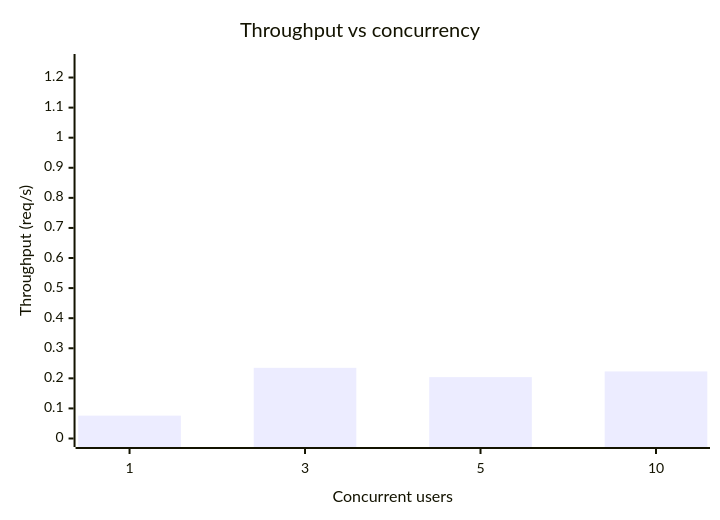
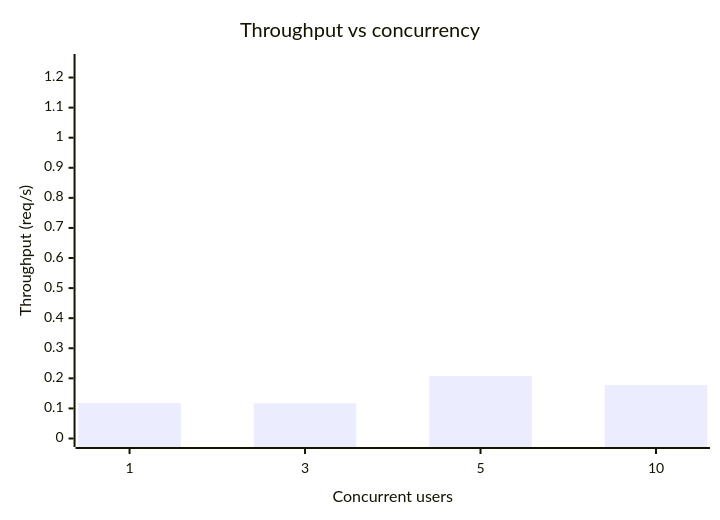
One commit to satyam-kalihari/sahyadri-echoes changed the third of 5 diagrams in reports/chat-performance-report.md. Above: the diagram before and after it, drawn with Mermaid. The commit also changed other lines of this file and 7 other files, not shown here.

````diff
--- a/reports/chat-performance-report.md
+++ b/reports/chat-performance-report.md
@@ -34,7 +34,7 @@
 ```mermaid
 xychart-beta
     title "Throughput vs concurrency"
     x-axis "Concurrent users" [1, 3, 5, 10]
     y-axis "Throughput (req/s)" 0 --> 1.25
-    bar "Throughput" [0.076, 0.235, 0.204, 0.223]
+    bar "Throughput" [0.118, 0.117, 0.208, 0.178]
 ```
````
